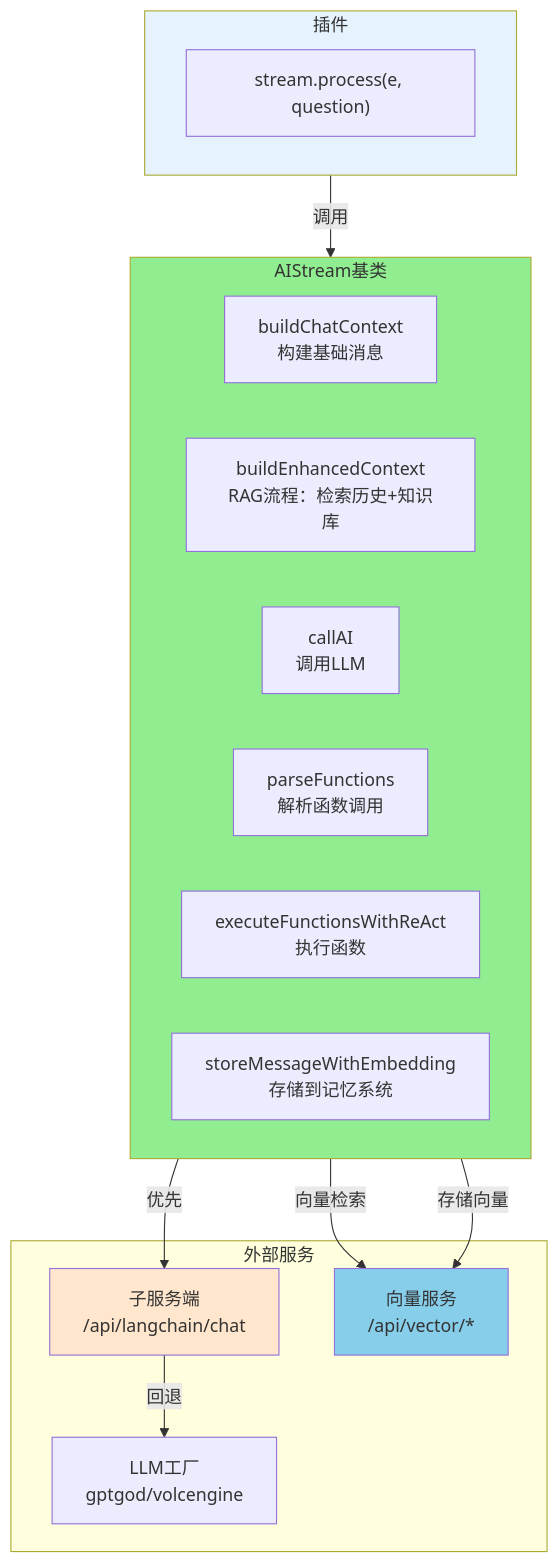
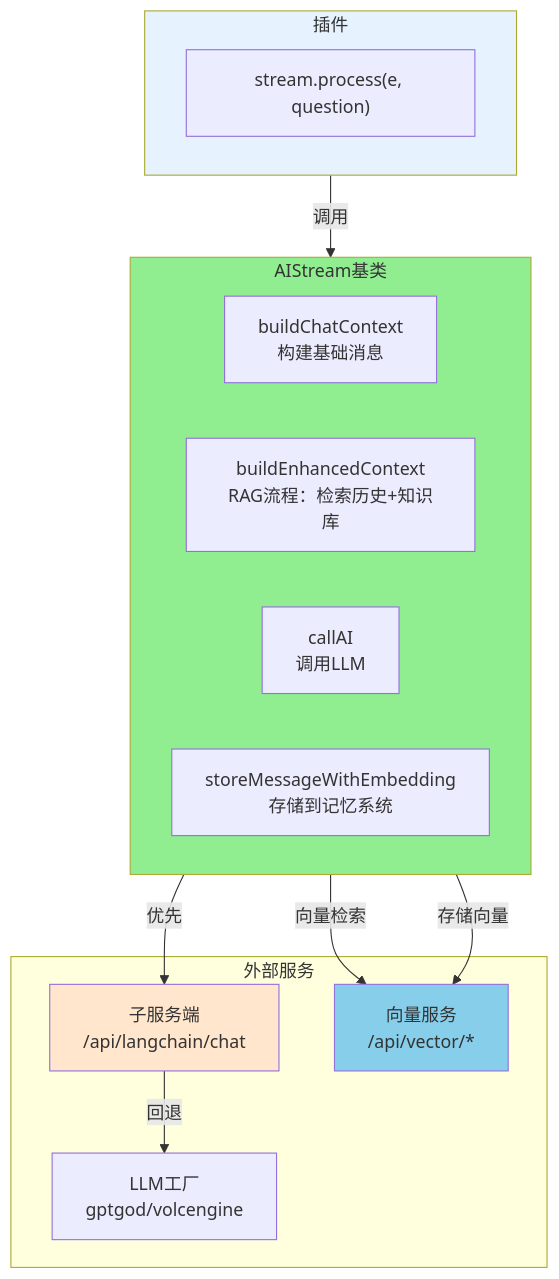
One commit to sunflowermm/XRK-AGT changed the first of 2 diagrams in docs/aistream.md. Above: the diagram before and after it, drawn with Mermaid. The commit also changed other lines of this file and 47 other files, not shown here.

````diff
--- a/docs/aistream.md
+++ b/docs/aistream.md
@@ -24,32 +24,30 @@
 ```mermaid
 flowchart TB
     subgraph Plugin["插件"]
         Call["stream.process(e, question)"]
     end
     
     subgraph AIStream["AIStream基类"]
         BuildCtx["buildChatContext<br/>构建基础消息"]
         Enhance["buildEnhancedContext<br/>RAG流程：检索历史+知识库"]
         CallAI["callAI<br/>调用LLM"]
-        ParseFunc["parseFunctions<br/>解析函数调用"]
-        Execute["executeFunctionsWithReAct<br/>执行函数"]
         Store["storeMessageWithEmbedding<br/>存储到记忆系统"]
     end
     
     subgraph Services["外部服务"]
         Subserver["子服务端<br/>/api/langchain/chat"]
         LLMFactory["LLM工厂<br/>gptgod/volcengine"]
         Vector["向量服务<br/>/api/vector/*"]
     end
     
     Plugin -->|调用| AIStream
     AIStream -->|优先| Subserver
     Subserver -->|回退| LLMFactory
     AIStream -->|向量检索| Vector
     AIStream -->|存储向量| Vector
     
     style Plugin fill:#E6F3FF
     style AIStream fill:#90EE90
     style Subserver fill:#FFE6CC
     style Vector fill:#87CEEB
 ```
````
